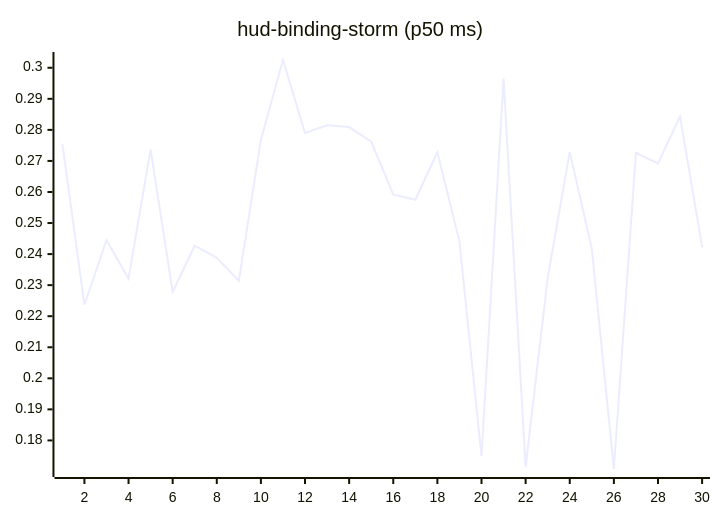
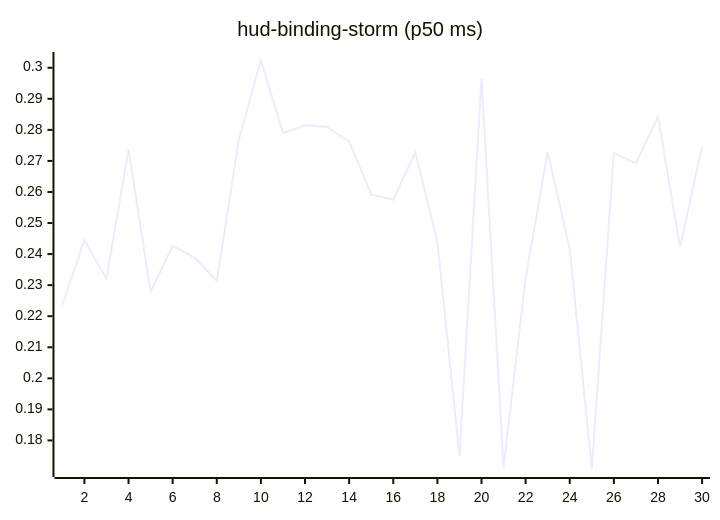
One commit to josha/Facet changed the tenth of 27 diagrams in README.md. Above: the diagram before and after it, drawn with Mermaid. The commit also changed other lines of this file and 2 other files, not shown here.

````diff
--- a/README.md
+++ b/README.md
@@ -126,6 +126,6 @@
 ```mermaid
 xychart-beta
     title "hud-binding-storm (p50 ms)"
     x-axis 1 --> 30
-    line [0.2755, 0.2237, 0.2445, 0.2321, 0.2737, 0.2278, 0.2427, 0.2388, 0.2314, 0.2768, 0.3025, 0.2790, 0.2815, 0.2809, 0.2762, 0.2592, 0.2575, 0.2728, 0.2441, 0.1749, 0.2965, 0.1714, 0.2323, 0.2729, 0.2417, 0.1708, 0.2726, 0.2692, 0.2843, 0.2423]
+    line [0.2237, 0.2445, 0.2321, 0.2737, 0.2278, 0.2427, 0.2388, 0.2314, 0.2768, 0.3025, 0.2790, 0.2815, 0.2809, 0.2762, 0.2592, 0.2575, 0.2728, 0.2441, 0.1749, 0.2965, 0.1714, 0.2323, 0.2729, 0.2417, 0.1708, 0.2726, 0.2692, 0.2843, 0.2423, 0.2747]
 ```
````
